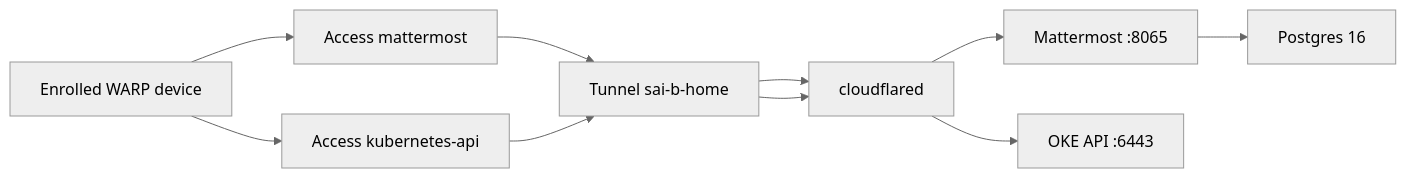
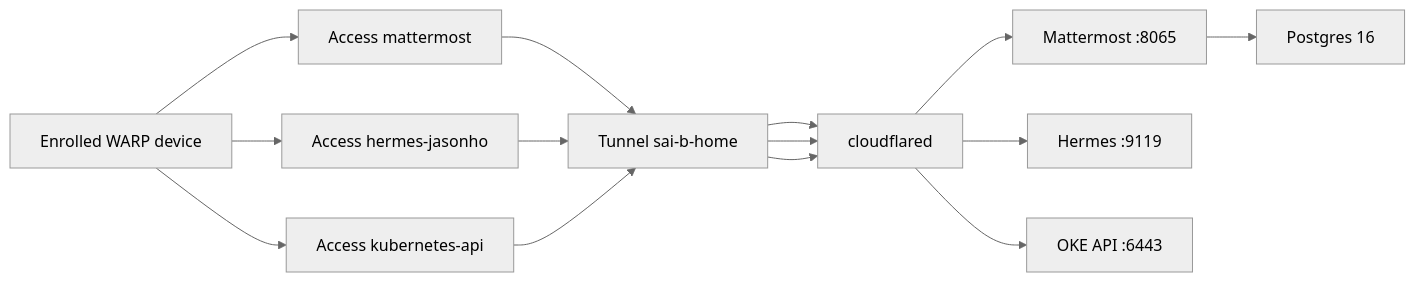
One commit to jasonho215/sai-b-home-infra changed the first of 2 diagrams in README.md. Above: the diagram before and after it, drawn with Mermaid (neutral theme). The commit also changed other lines of this file and 11 other files, not shown here.

First line of the commit message:
Publish the Hermes dashboard through its own Cloudflare Access application.

````diff
--- a/README.md
+++ b/README.md
@@ -33,14 +33,17 @@
 ```mermaid
 flowchart LR
   client["Enrolled WARP device"]
   mattermostAccess["Access mattermost"]
+  hermesAccess["Access hermes-jasonho"]
   apiAccess["Access kubernetes-api"]
   tunnel["Tunnel sai-b-home"]
   connector["cloudflared"]
   app["Mattermost :8065"]
+  hermes["Hermes :9119"]
   api["OKE API :6443"]
   db["Postgres 16"]
 
   client --> mattermostAccess --> tunnel --> connector --> app --> db
+  client --> hermesAccess --> tunnel --> connector --> hermes
   client --> apiAccess --> tunnel --> connector --> api
 ```
````
